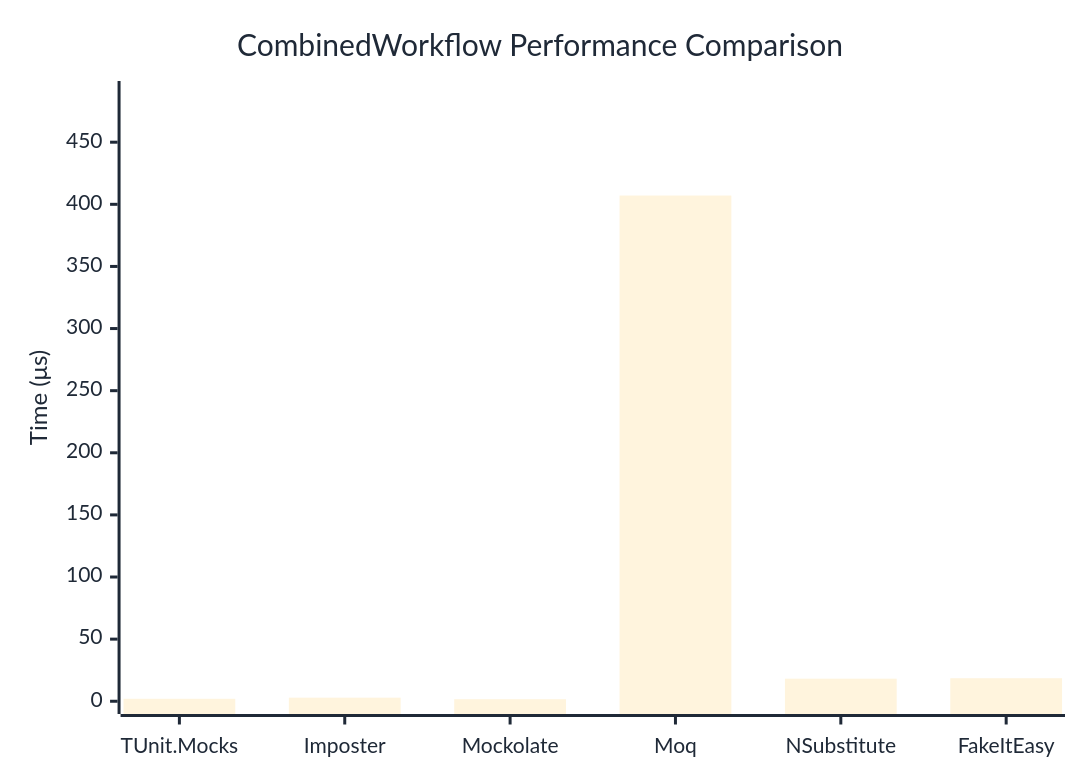
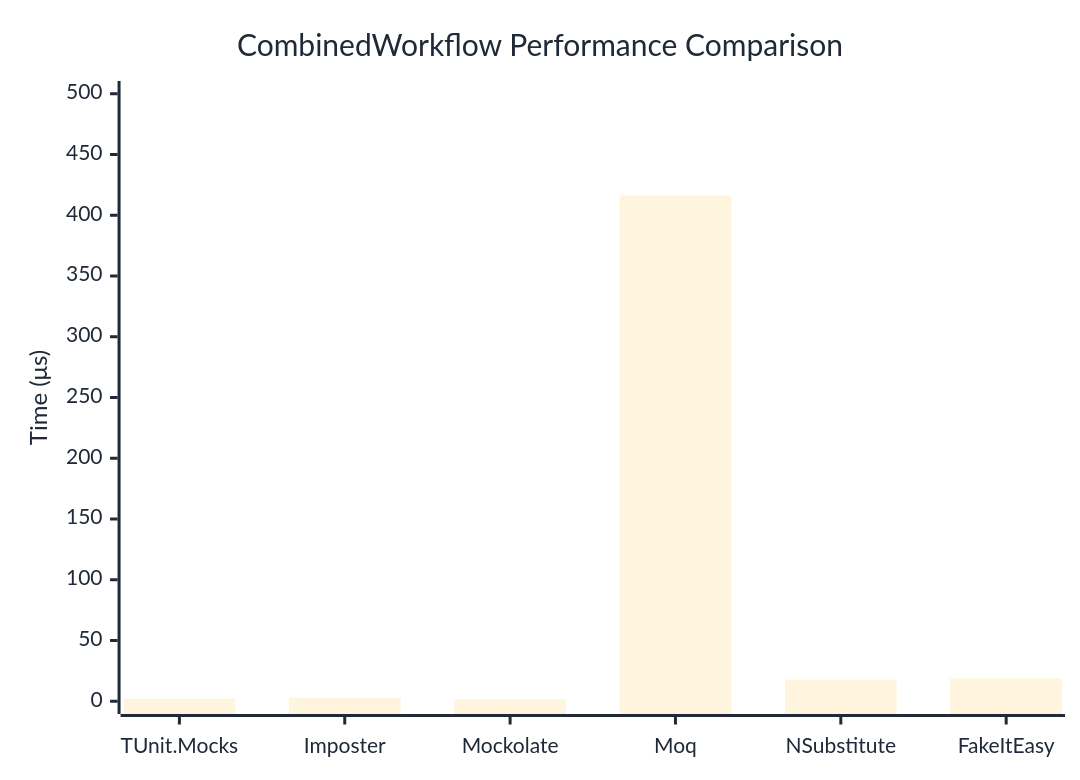
One commit to thomhurst/TUnit changed the diagram in docs/docs/benchmarks/mocks/CombinedWorkflow.md. Above: the diagram before and after it, drawn with Mermaid. The commit also changed other lines of this file and 14 other files, not shown here.

````diff
--- a/docs/docs/benchmarks/mocks/CombinedWorkflow.md
+++ b/docs/docs/benchmarks/mocks/CombinedWorkflow.md
@@ -30,27 +30,27 @@
 ```mermaid
 %%{init: {
   'theme':'base',
   'themeVariables': {
     'primaryColor': '#2563eb',
     'primaryTextColor': '#1f2937',
     'primaryBorderColor': '#1e40af',
     'lineColor': '#6b7280',
     'secondaryColor': '#7c3aed',
     'tertiaryColor': '#dc2626',
     'background': '#ffffff',
     'pie1': '#2563eb',
     'pie2': '#7c3aed',
     'pie3': '#dc2626',
     'pie4': '#f59e0b',
     'pie5': '#10b981',
     'pie6': '#06b6d4',
     'pie7': '#ec4899',
     'pie8': '#6366f1'
   }
 }}%%
 xychart-beta
   title "CombinedWorkflow Performance Comparison"
   x-axis ["TUnit.Mocks", "Imposter", "Mockolate", "Moq", "NSubstitute", "FakeItEasy"]
-  y-axis "Time (μs)" 0 --> 489
-  bar [1.981, 2.882, 1.66, 407.063, 18.166, 18.546]
+  y-axis "Time (μs)" 0 --> 500
+  bar [2.115, 2.841, 1.765, 416.331, 17.815, 18.735]
 ```
````
